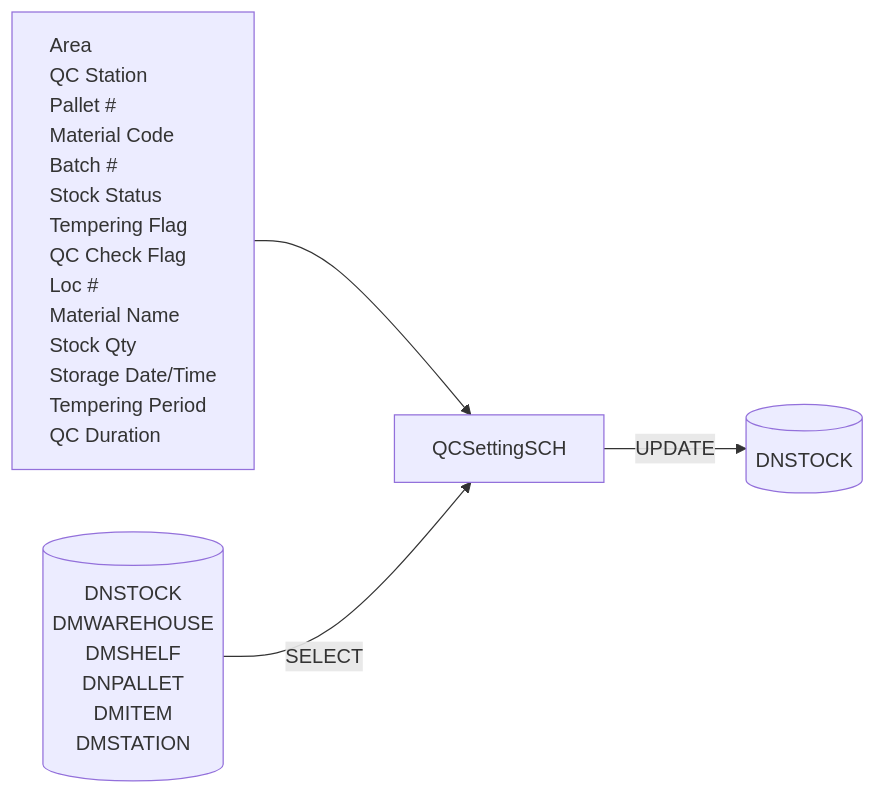
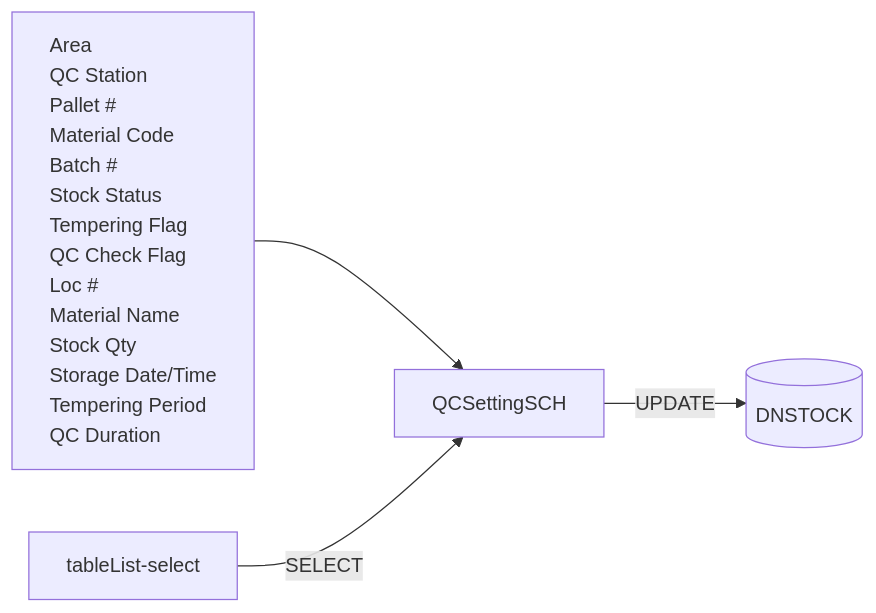
Before and after one commit to luthfiadityaa/SimeDarby-Wiki: the second of 15 diagrams in Basic-Design/DFD-WMS/Retrieval/QC-Setting/Update-QC-Status.md, drawn with Mermaid.

Commit message:
Updated Update QC Status

```diff
--- a/Basic-Design/DFD-WMS/Retrieval/QC-Setting/Update-QC-Status.md
+++ b/Basic-Design/DFD-WMS/Retrieval/QC-Setting/Update-QC-Status.md
@@ -50,40 +50,31 @@
 ::: mermaid
 flowchart LR
     input[
         Area
         QC Station
         Pallet #
         Material Code
         Batch #
         Stock Status
         Tempering Flag
         QC Check Flag
         Loc #
         Material Name
         Stock Qty
         Storage Date/Time
         Tempering Period
         QC Duration
     ]
 
      tableList-update[("
         DNSTOCK
     ")]
 
-     tableList-select[("
-        DNSTOCK
-        DMWAREHOUSE
-        DMSHELF
-        DNPALLET
-        DMITEM
-        DMSTATION
-    ")]
-
     input-->className[QCSettingSCH]
 
     tableList-select --> |SELECT| className
     className --> |UPDATE| tableList-update
 
     classDef leftAlign text-align:left;
     class input leftAlign;
 :::
```
